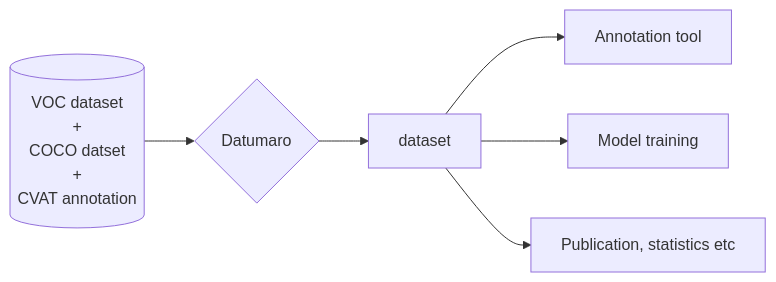
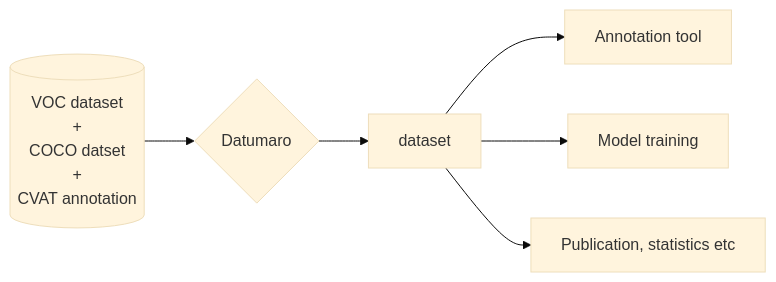
Before and after one commit to openvinotoolkit/datumaro: the diagram in site/content/en/docs/_index.md, drawn with Mermaid. The commit also changed 9 other files, not shown here.

````diff
--- a/site/content/en/docs/_index.md
+++ b/site/content/en/docs/_index.md
@@ -20,12 +20,13 @@
 ```mermaid
+%%{init {'theme':'base'}}%%
 flowchart LR
     datasets[(VOC dataset<br/>+<br/>COCO datset<br/>+<br/>CVAT annotation)]
     datumaro{Datumaro}
     dataset[dataset]
     annotation[Annotation tool]
     training[Model training]
     publication[Publication, statistics etc]
     datasets-->datumaro
     datumaro-->dataset
     dataset-->annotation & training & publication
 ```
````
